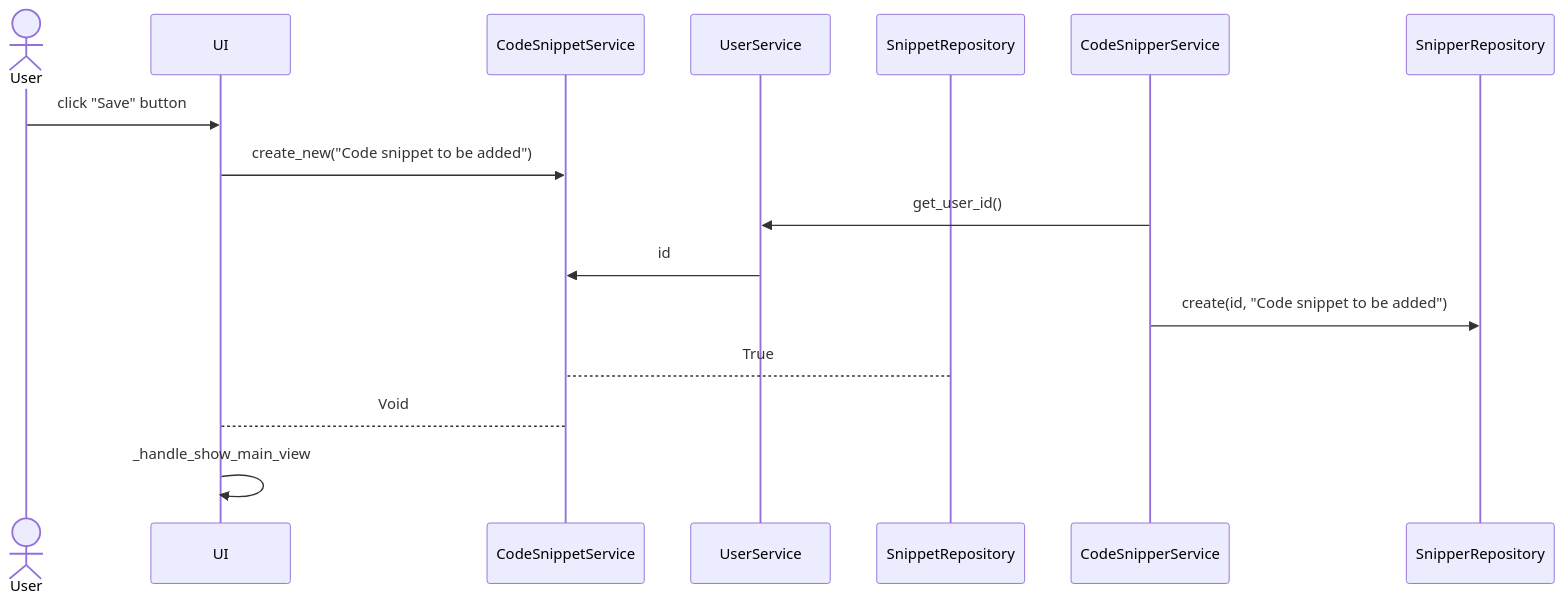
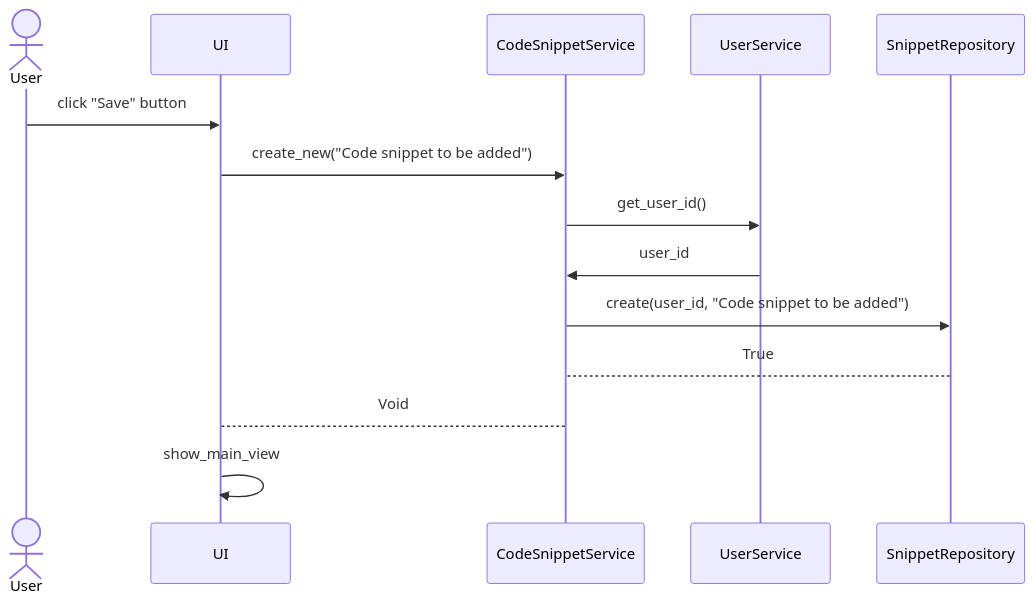
Before and after one commit to jhakkari/ot-harjoitustyo: the fourth of 5 diagrams in dokumentaatio/arkkitehtuuri.md, drawn with Mermaid. The commit also changed other lines of this file and 8 other files, not shown here.

````diff
--- a/dokumentaatio/arkkitehtuuri.md
+++ b/dokumentaatio/arkkitehtuuri.md
@@ -12,16 +177,16 @@
 ```mermaid
 sequenceDiagram
     actor User
     participant UI
     participant CodeSnippetService
     participant UserService
     participant SnippetRepository
     User->>UI: click "Save" button
     UI->>CodeSnippetService: create_new("Code snippet to be added")
-    CodeSnipperService->>UserService: get_user_id()
-    UserService->>CodeSnippetService: id
-    CodeSnipperService->>SnipperRepository: create(id, "Code snippet to be added")
+    CodeSnippetService->>UserService: get_user_id()
+    UserService->>CodeSnippetService: user_id
+    CodeSnippetService->>SnippetRepository: create(user_id, "Code snippet to be added")
     SnippetRepository-->CodeSnippetService: True
     CodeSnippetService-->UI: Void
-    UI->>UI: _handle_show_main_view
+    UI->>UI: show_main_view
 ```
````
